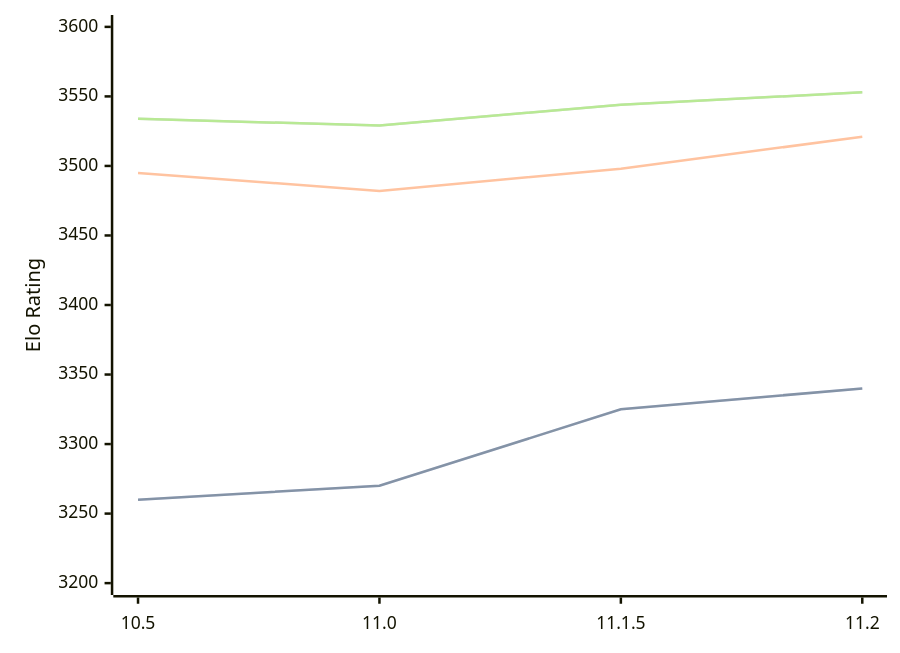
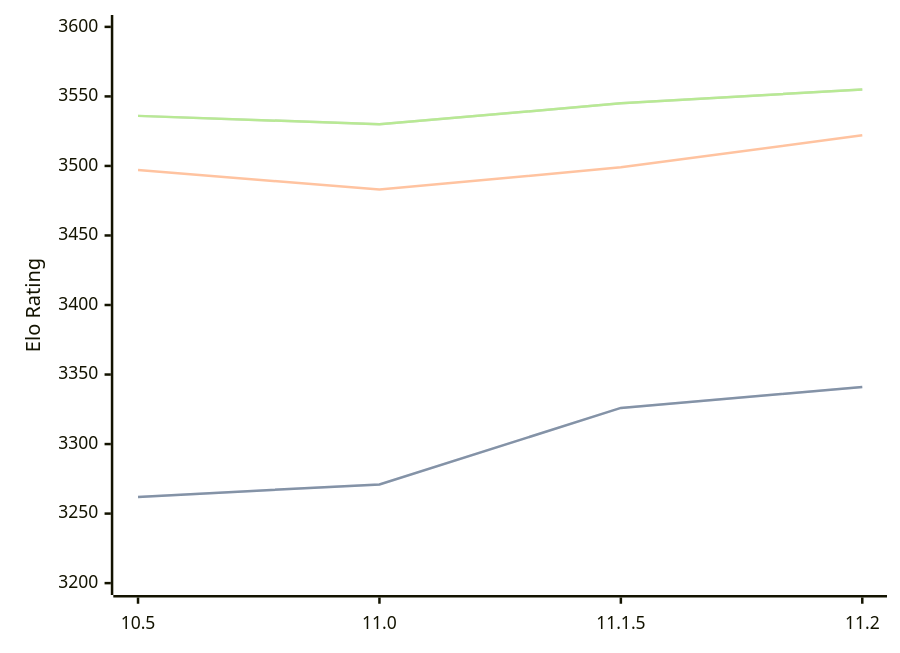
The diagram in engines/Lizard.md (computer-chess-index/cci), drawn with Mermaid before and after one commit. The commit also changed other lines of this file, not shown here.

Commit message:
Update CCI Ratings (ELO VLTC) - 2026-02-21

````diff
--- a/engines/Lizard.md
+++ b/engines/Lizard.md
@@ -43,11 +43,11 @@
 ```mermaid
 %%{init: {"theme":"base","themeVariables":{"seriesColors:['#a3a3a3','#222221','#faa371']}}}%%
 xychart-beta
   x-axis ["10.5", "11.0", "11.1.5", "11.2"]
   y-axis "Elo Rating" 3200 --> 3600
-  line "STC (8.0+0.08s)" [3260, 3270, 3325, 3340]
-  line "STC (8.0+0.08s)" [3260, 3270, 3325, 3340]
-  line "LTC (60.0+0.60s)" [3495, 3482, 3498, 3521]
-  line "VLTC (2m24s+1.12s)" [3534, 3529, 3544, 3553]
-  line "VLTC (2m24s+1.12s)" [3534, 3529, 3544, 3553]
+  line "STC (8.0+0.08s)" [3262, 3271, 3326, 3341]
+  line "STC (8.0+0.08s)" [3262, 3271, 3326, 3341]
+  line "LTC (60.0+0.60s)" [3497, 3483, 3499, 3522]
+  line "VLTC (2m24s+1.12s)" [3536, 3530, 3545, 3555]
+  line "VLTC (2m24s+1.12s)" [3536, 3530, 3545, 3555]
 ```
````
